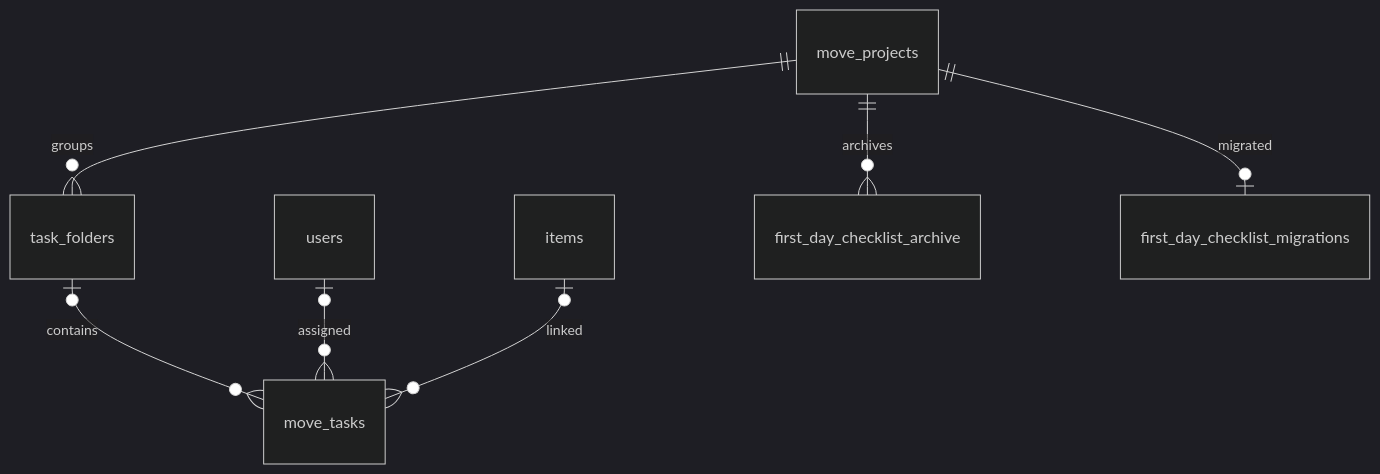
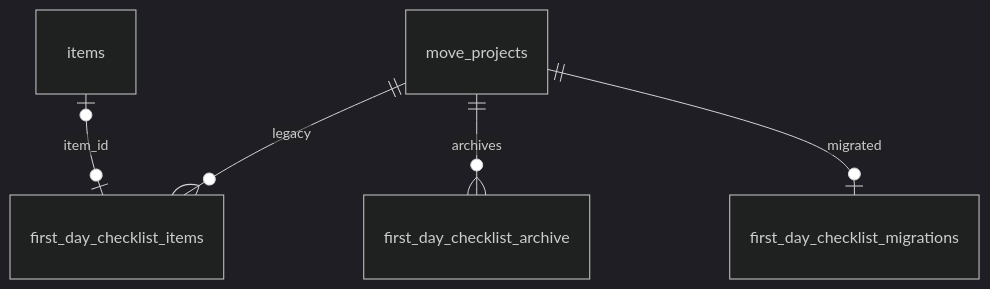
One commit to indx0/PROD-Hack-SPB-Backend-26 changed the ninth of 9 diagrams in RFC.md. Above: the diagram before and after it, drawn with Mermaid (dark theme). The commit also changed other lines of this file, not shown here.

Commit message:
docs: clarify item task links and isolate legacy checklist schema

````diff
--- a/RFC.md
+++ b/RFC.md
@@ -160,9 +170,7 @@
 ```mermaid
 erDiagram
-    move_projects ||--o{ task_folders : groups
-    task_folders o|--o{ move_tasks : contains
-    users o|--o{ move_tasks : assigned
-    items o|--o{ move_tasks : linked
+    move_projects ||--o{ first_day_checklist_items : legacy
+    items o|--o| first_day_checklist_items : item_id
     move_projects ||--o{ first_day_checklist_archive : archives
     move_projects ||--o| first_day_checklist_migrations : migrated
 ```
````
